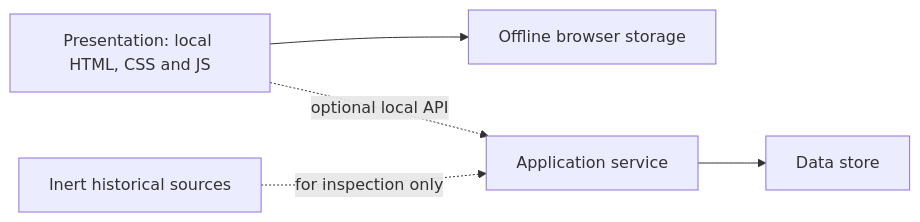
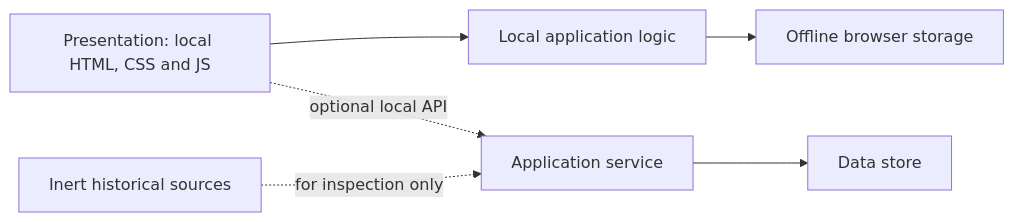
The diagram in README.md (obrocki/hve-core-quests), drawn with Mermaid before and after one commit. The commit also changed other lines of this file and 11 other files, not shown here.

````diff
--- a/README.md
+++ b/README.md
@@ -33,7 +33,8 @@
 ```mermaid
 flowchart LR
-    Browser["Presentation: local HTML, CSS and JS"] --> Storage["Offline browser storage"]
+    Browser["Presentation: local HTML, CSS and JS"] --> Logic["Local application logic"]
+    Logic --> Storage["Offline browser storage"]
     Browser -. optional local API .-> Service["Application service"]
     Service --> DB["Data store"]
     Archive["Inert historical sources"] -. for inspection only .-> Service
 ```
````
